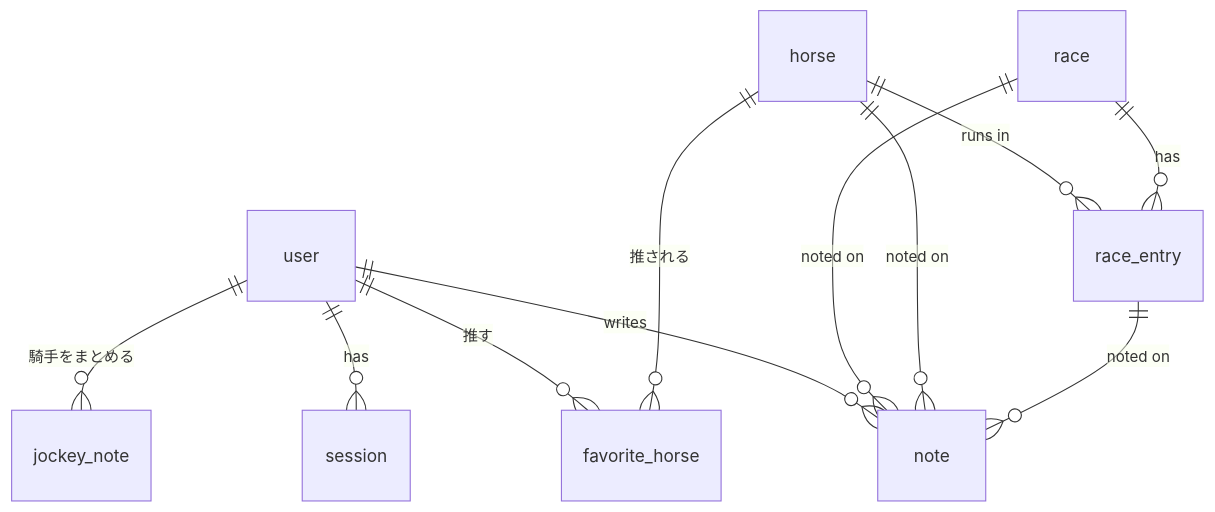
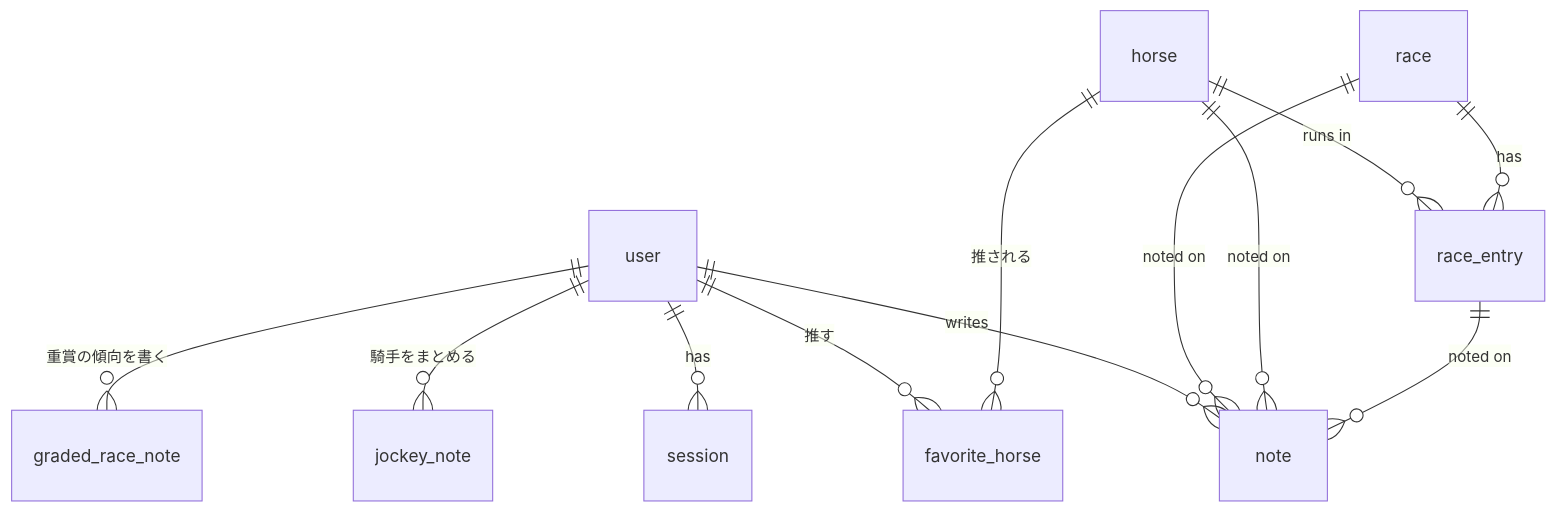
Before and after one commit to Atoyr/keiba-note: the diagram in docs/product.md, drawn with Mermaid. The commit also changed other lines of this file and 27 other files, not shown here.

````diff
--- a/docs/product.md
+++ b/docs/product.md
@@ -357,13 +360,14 @@
 ```mermaid
 erDiagram
     user ||--o{ note : writes
     user ||--o{ session : has
     horse ||--o{ race_entry : "runs in"
     race  ||--o{ race_entry : has
     race  ||--o{ note : "noted on"
     horse ||--o{ note : "noted on"
     race_entry ||--o{ note : "noted on"
     user ||--o{ favorite_horse : "推す"
     horse ||--o{ favorite_horse : "推される"
     user ||--o{ jockey_note : "騎手をまとめる"
+    user ||--o{ graded_race_note : "重賞の傾向を書く"
 ```
````
